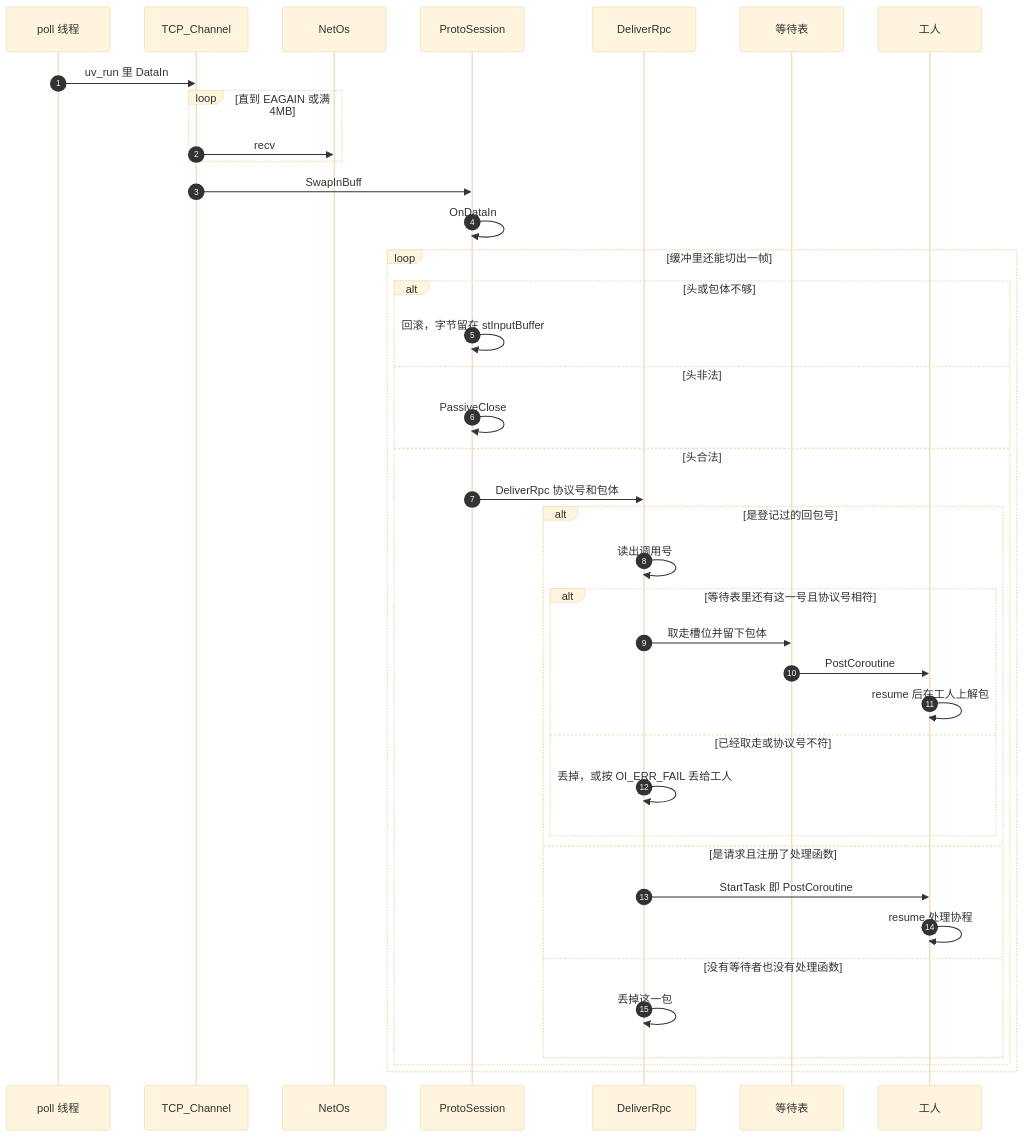
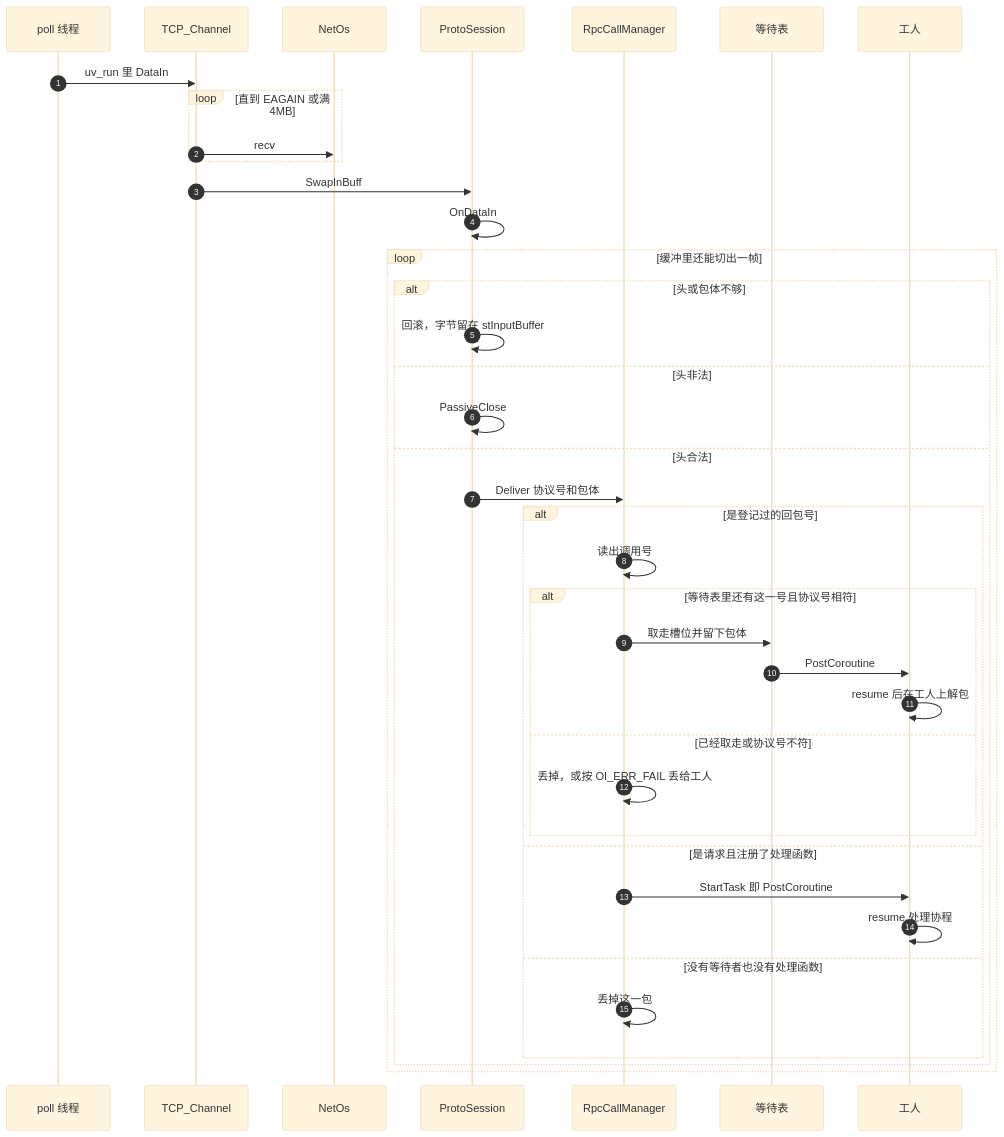
One commit to orikiaru/openidea changed the diagram in docs/sequence-diagram/multi-thread/receive.md. Above: the diagram before and after it, drawn with Mermaid (base theme). The commit also changed 46 other files, not shown here.

Commit message:
RPC 等待表收进 RpcCallManager 单例按 tick 扫超时，处理表并入 ProtoSessionManager，Windows 拷贝 MySQL 运行库

````diff
--- a/docs/sequence-diagram/multi-thread/receive.md
+++ b/docs/sequence-diagram/multi-thread/receive.md
@@ -7,42 +7,42 @@
 ```mermaid
 sequenceDiagram
     autonumber
     participant Poll as poll 线程
     participant Tcp as TCP_Channel
     participant Os as NetOs
     participant Sess as ProtoSession
-    participant Rpc as DeliverRpc
+    participant Rpc as RpcCallManager
     participant Wait as 等待表
     participant Worker as 工人
 
     Poll->>Tcp: uv_run 里 DataIn
     loop 直到 EAGAIN 或满 4MB
         Tcp->>Os: recv
     end
     Tcp->>Sess: SwapInBuff
     Sess->>Sess: OnDataIn
     loop 缓冲里还能切出一帧
         alt 头或包体不够
             Sess->>Sess: 回滚，字节留在 stInputBuffer
         else 头非法
             Sess->>Sess: PassiveClose
         else 头合法
-            Sess->>Rpc: DeliverRpc 协议号和包体
+            Sess->>Rpc: Deliver 协议号和包体
             alt 是登记过的回包号
                 Rpc->>Rpc: 读出调用号
                 alt 等待表里还有这一号且协议号相符
                     Rpc->>Wait: 取走槽位并留下包体
                     Wait->>Worker: PostCoroutine
                     Worker->>Worker: resume 后在工人上解包
                 else 已经取走或协议号不符
                     Rpc->>Rpc: 丢掉，或按 OI_ERR_FAIL 丢给工人
                 end
             else 是请求且注册了处理函数
                 Rpc->>Worker: StartTask 即 PostCoroutine
                 Worker->>Worker: resume 处理协程
             else 没有等待者也没有处理函数
                 Rpc->>Rpc: 丢掉这一包
             end
         end
     end
 ```
````
